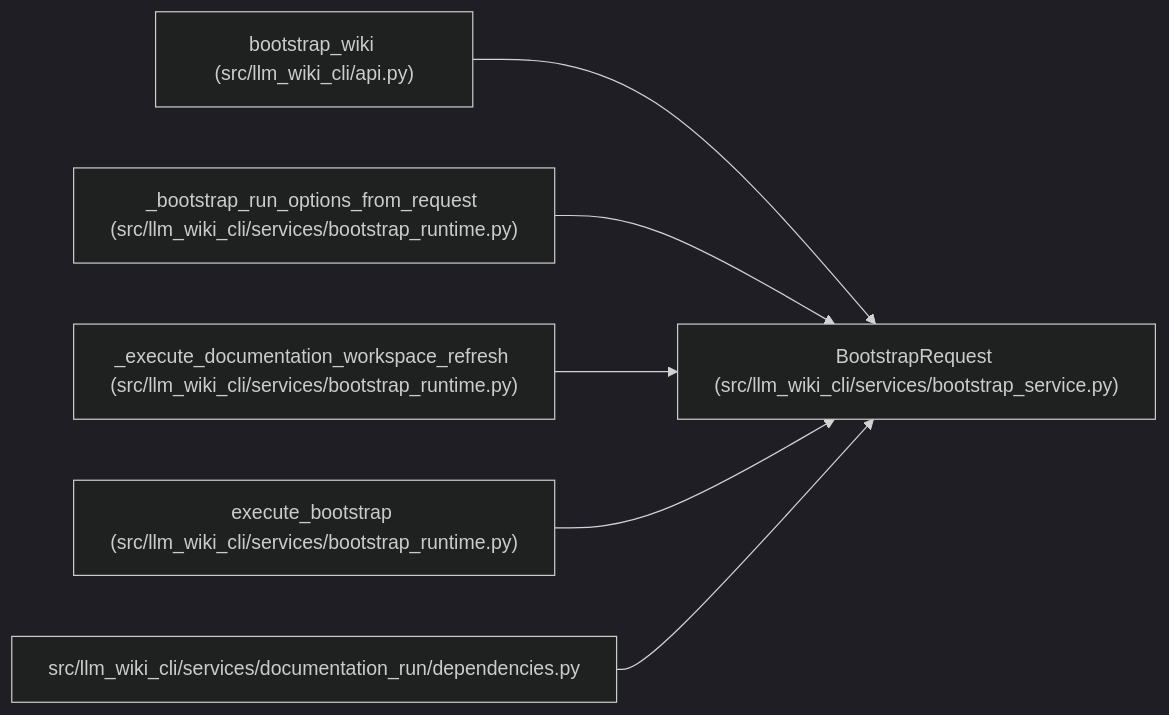
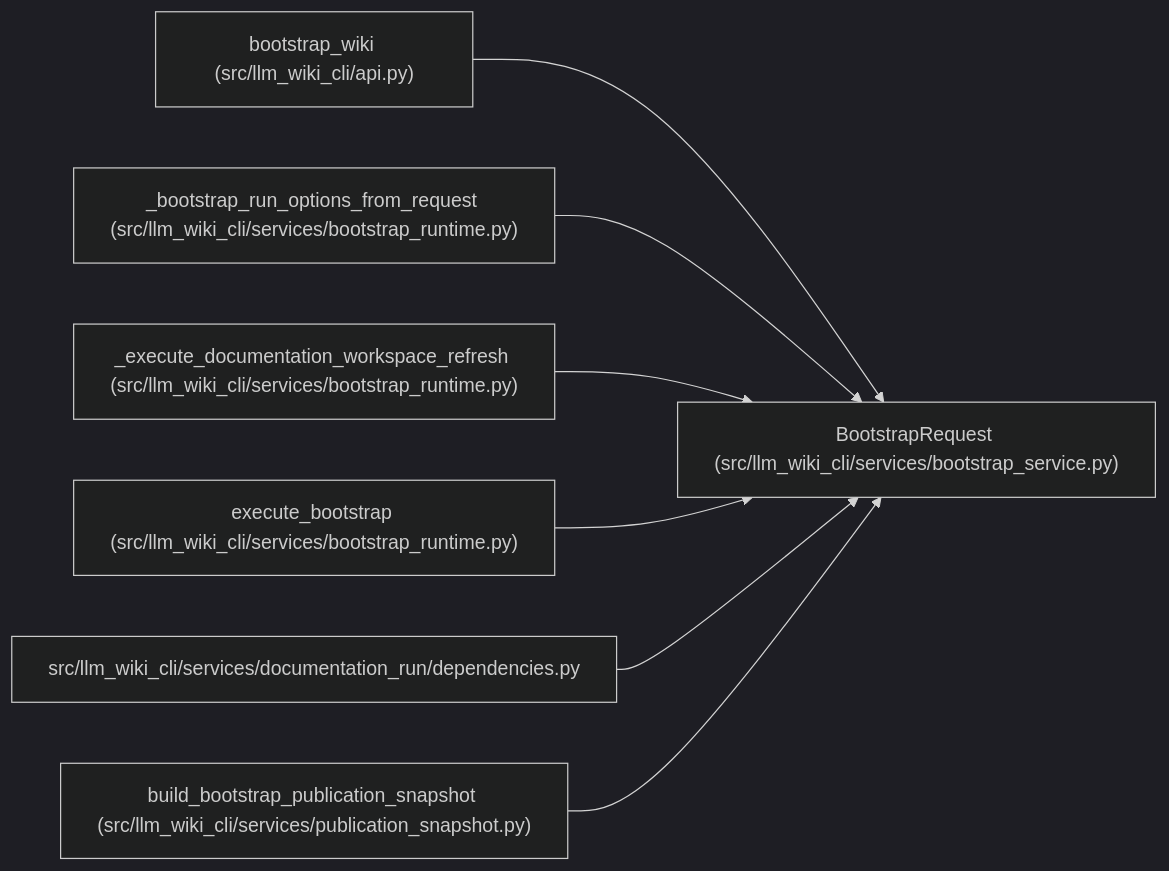
Before and after one commit to Denissvgn/python-wiki-llm: the diagram in docs/llm_wiki/entities/BootstrapRequest.md, drawn with Mermaid (dark theme). The commit also changed other lines of this file and 479 other files, not shown here.

````diff
--- a/docs/llm_wiki/entities/BootstrapRequest.md
+++ b/docs/llm_wiki/entities/BootstrapRequest.md
@@ -51,20 +51,23 @@
 ```mermaid
 flowchart LR
     n0["BootstrapRequest (src/llm_wiki_cli/services/bootstrap_service.py)"]
     n1["bootstrap_wiki (src/llm_wiki_cli/api.py)"]
     n2["_bootstrap_run_options_from_request (src/llm_wiki_cli/services/bootstrap_runtime.py)"]
     n3["_execute_documentation_workspace_refresh (src/llm_wiki_cli/services/bootstrap_runtime.py)"]
     n4["execute_bootstrap (src/llm_wiki_cli/services/bootstrap_runtime.py)"]
     n5["src/llm_wiki_cli/services/documentation_run/dependencies.py"]
+    n6["build_bootstrap_publication_snapshot (src/llm_wiki_cli/services/publication_snapshot.py)"]
     n1 --> n0
     n2 --> n0
     n3 --> n0
     n4 --> n0
     n5 --> n0
+    n6 --> n0
     click n0 "../modules/bootstrap_service.md"
     click n1 "../modules/api.md"
     click n2 "../modules/bootstrap_runtime.md"
     click n3 "../modules/bootstrap_runtime.md"
     click n4 "../modules/bootstrap_runtime.md"
     click n5 "../modules/documentation_run_dependencies.md"
+    click n6 "../modules/publication_snapshot.md"
 ```
````
